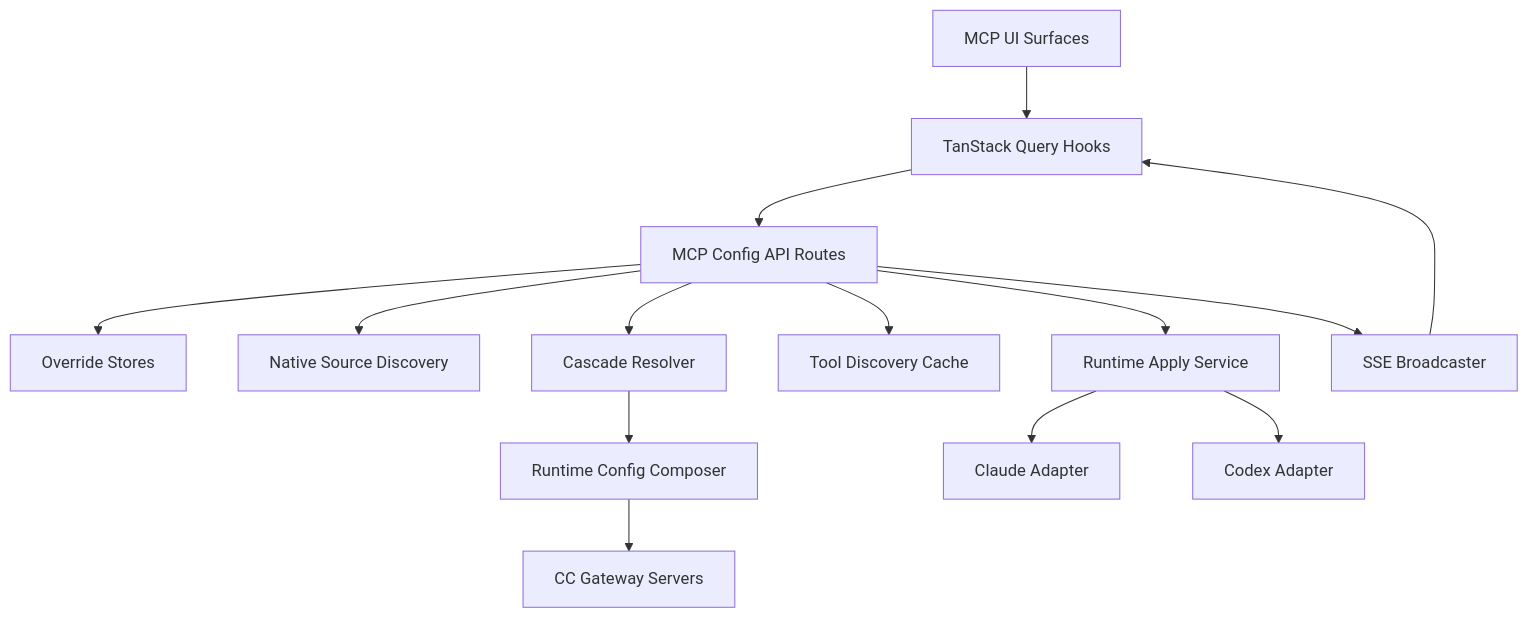
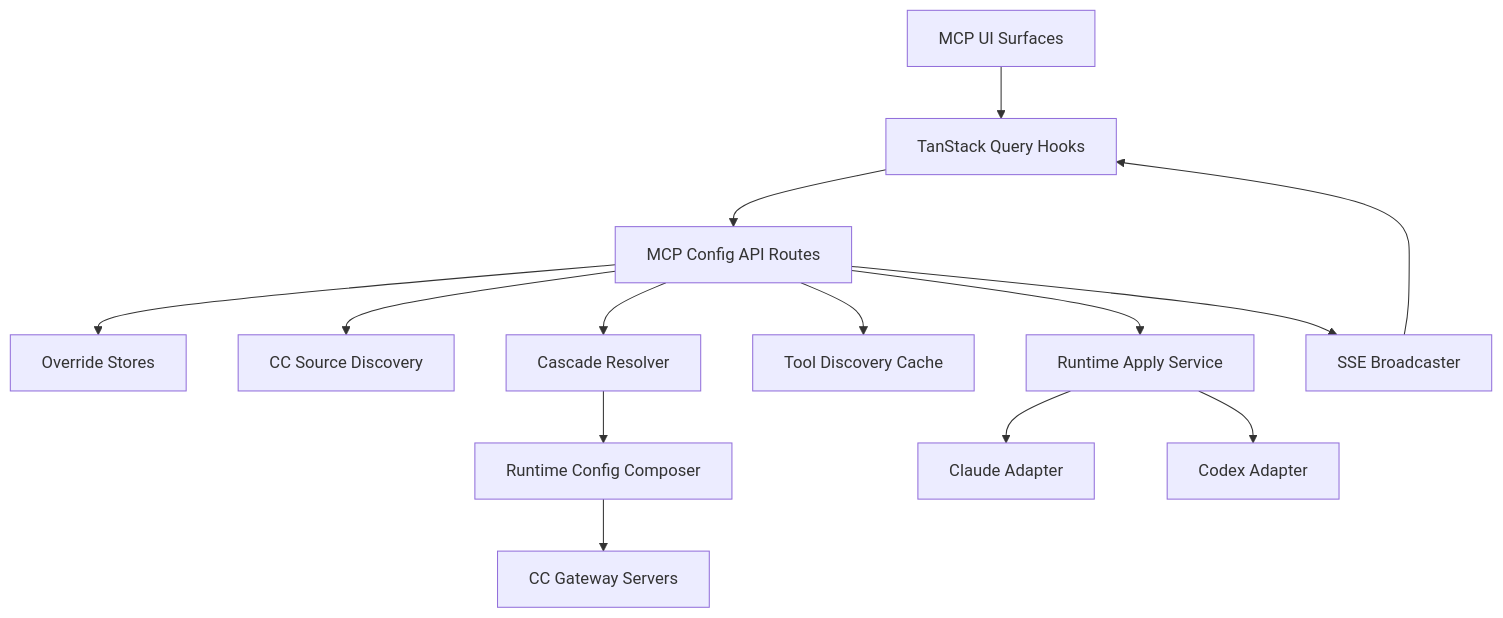
The first of 6 diagrams in .kiro/specs/mcp-configuration/design.md (amhuppert/remote-ai-manager), drawn with Mermaid before and after one commit. The commit also changed other lines of this file and 84 other files, not shown here.

````diff
--- a/.kiro/specs/mcp-configuration/design.md
+++ b/.kiro/specs/mcp-configuration/design.md
@@ -42,30 +42,30 @@
 ```mermaid
 graph TB
   UI[MCP UI Surfaces]
   Query[TanStack Query Hooks]
   API[MCP Config API Routes]
   Store[Override Stores]
-  Source[Native Source Discovery]
+  Source[CC Source Discovery]
   Resolver[Cascade Resolver]
   Tools[Tool Discovery Cache]
   Composer[Runtime Config Composer]
   Apply[Runtime Apply Service]
   Claude[Claude Adapter]
   Codex[Codex Adapter]
   Gateway[CC Gateway Servers]
   SSE[SSE Broadcaster]
 
   UI --> Query
   Query --> API
   API --> Store
   API --> Source
   API --> Resolver
   API --> Tools
   API --> Apply
   Resolver --> Composer
   Composer --> Gateway
   Apply --> Claude
   Apply --> Codex
   API --> SSE
   SSE --> Query
 ```
````
